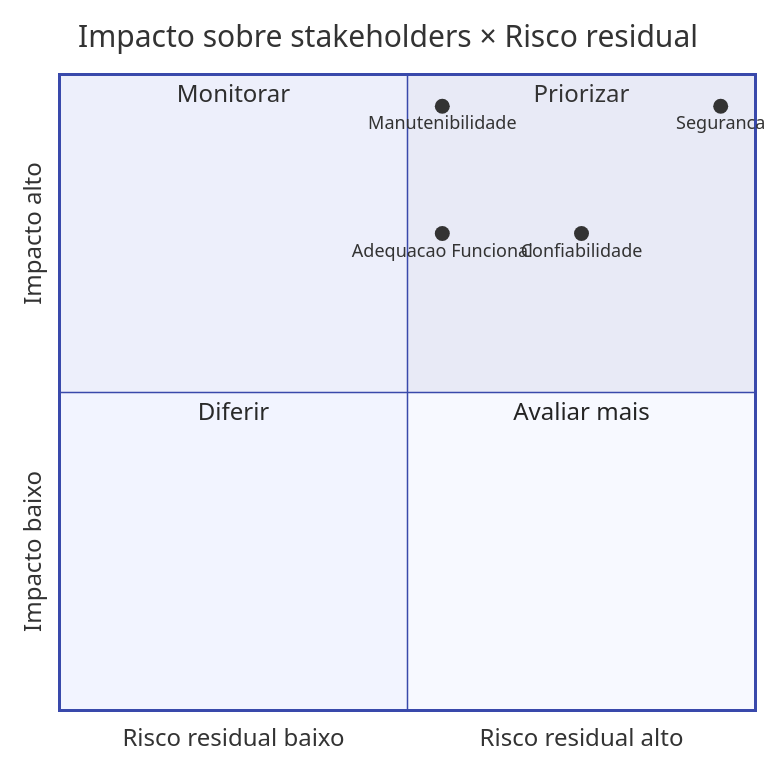
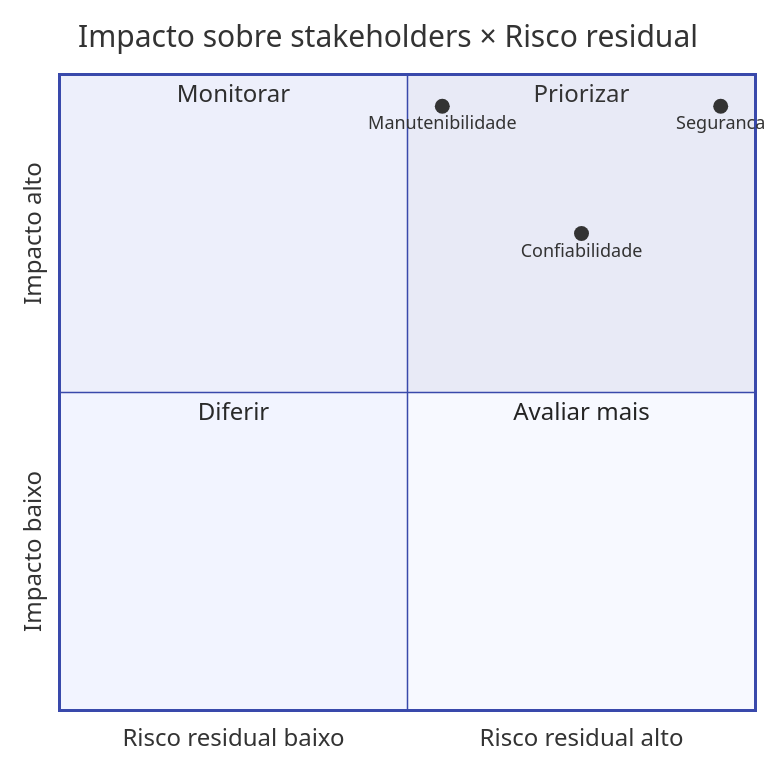
One commit to FCTE-Qualidade-de-Software-1/2026-1_T02_RADIA_PERLMAN changed the diagram in docs/fase1/05-caracteristicas.md. Above: the diagram before and after it, drawn with Mermaid. The commit also changed other lines of this file and 7 other files, not shown here.

````diff
--- a/docs/fase1/05-caracteristicas.md
+++ b/docs/fase1/05-caracteristicas.md
@@ -115,15 +102,14 @@
 ```mermaid
 %%{init: {'theme':'base','themeVariables':{'primaryColor':'#e8eaf6','primaryBorderColor':'#3949ab'}}}%%
 quadrantChart
     title Impacto sobre stakeholders × Risco residual
     x-axis "Risco residual baixo" --> "Risco residual alto"
     y-axis "Impacto baixo" --> "Impacto alto"
     quadrant-1 "Priorizar"
     quadrant-2 "Monitorar"
     quadrant-3 "Diferir"
     quadrant-4 "Avaliar mais"
     "Seguranca": [0.95, 0.95]
     "Manutenibilidade": [0.55, 0.95]
-    "Adequacao Funcional": [0.55, 0.75]
     "Confiabilidade": [0.75, 0.75]
 ```
````
